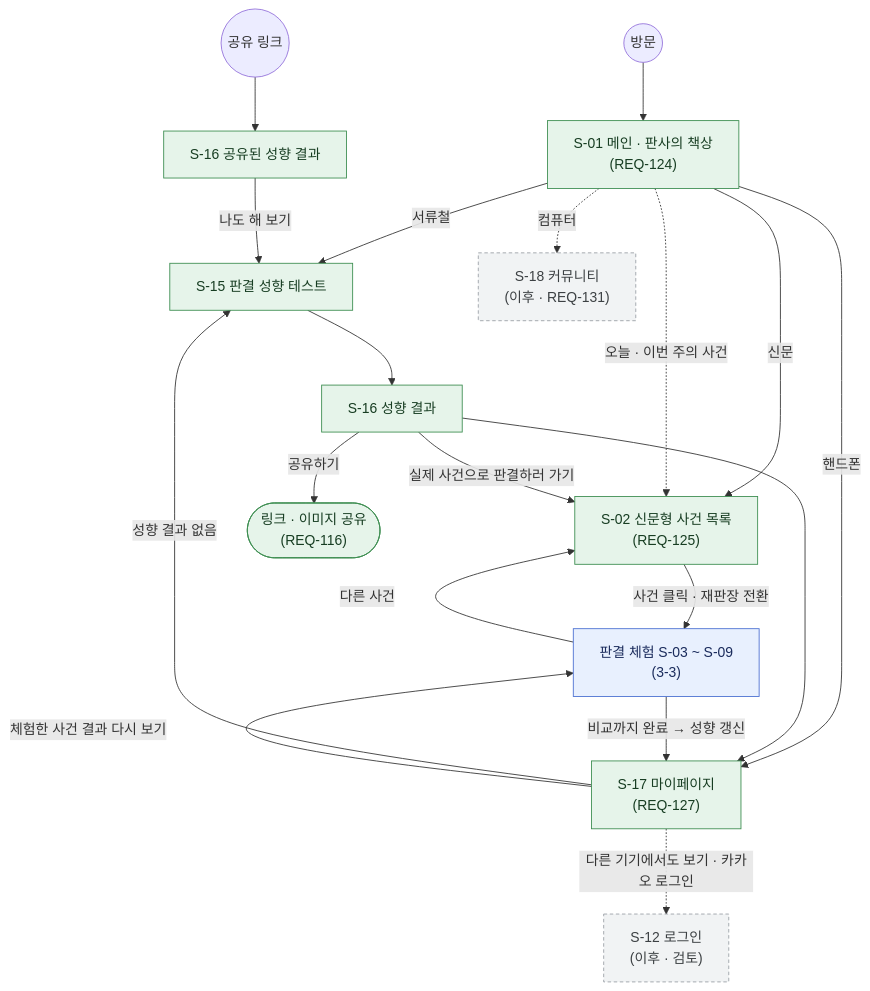
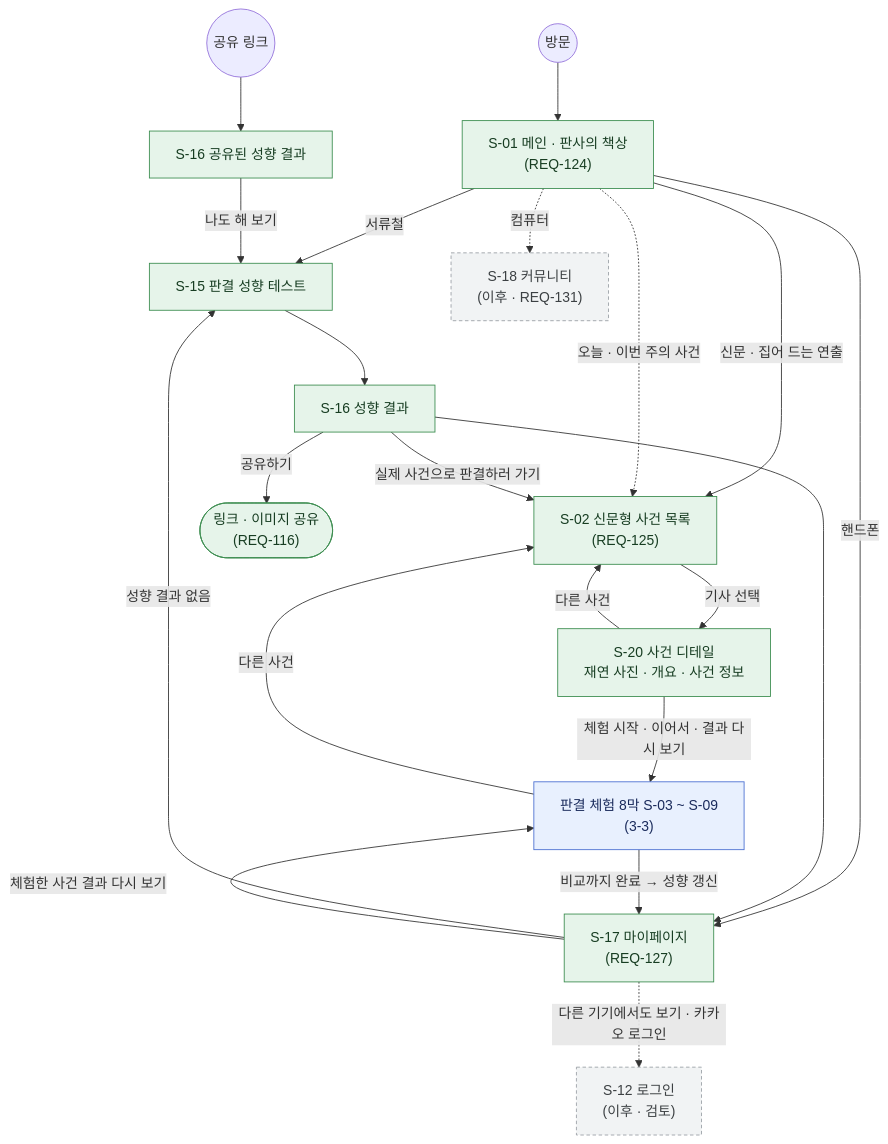
One commit to prgrms-aibe-devcourse/AIBE7_FinalProject_Team2 changed the third of 8 diagrams in docs/user-flow.md. Above: the diagram before and after it, drawn with Mermaid. The commit also changed other lines of this file and 2 other files, not shown here.

Commit message:
docs : COMMON-33 웹 흐름 갱신 (게임식 8막 · 사건 디테일 화면 · REQ-089 확장 승격)

````diff
--- a/docs/user-flow.md
+++ b/docs/user-flow.md
@@ -164,32 +166,34 @@
 ```mermaid
 flowchart TD
     V((방문)) --> M["S-01 메인 · 판사의 책상<br/>(REQ-124)"]
     SL((공유 링크)) --> SR["S-16 공유된 성향 결과"]
 
     M -->|서류철| T["S-15 판결 성향 테스트"]
-    M -->|신문| N["S-02 신문형 사건 목록<br/>(REQ-125)"]
+    M -->|"신문 · 집어 드는 연출"| N["S-02 신문형 사건 목록<br/>(REQ-125)"]
     M -->|핸드폰| MY["S-17 마이페이지<br/>(REQ-127)"]
     M -.->|컴퓨터| CM["S-18 커뮤니티<br/>(이후 · REQ-131)"]
     M -.->|오늘 · 이번 주의 사건| N
 
     SR -->|나도 해 보기| T
     T --> TR["S-16 성향 결과"]
     TR -->|실제 사건으로 판결하러 가기| N
     TR -->|공유하기| SH(["링크 · 이미지 공유<br/>(REQ-116)"])
     TR --> MY
 
-    N -->|"사건 클릭 · 재판장 전환"| X["판결 체험 S-03 ~ S-09<br/>(3-3)"]
+    N -->|기사 선택| CD["S-20 사건 디테일<br/>재연 사진 · 개요 · 사건 정보"]
+    CD -->|"체험 시작 · 이어서 · 결과 다시 보기"| X["판결 체험 8막 S-03 ~ S-09<br/>(3-3)"]
+    CD -->|다른 사건| N
     X -->|"비교까지 완료 → 성향 갱신"| MY
     X -->|다른 사건| N
 
     MY -->|성향 결과 없음| T
     MY -->|체험한 사건 결과 다시 보기| X
     MY -.->|"다른 기기에서도 보기 · 카카오 로그인"| LG["S-12 로그인<br/>(이후 · 검토)"]
 
     classDef mvp fill:#e8f0fe,stroke:#4a6fd1,color:#1a2b5c
     classDef ext fill:#e6f4ea,stroke:#3c8d50,color:#173d22
     classDef later fill:#f1f3f4,stroke:#9aa0a6,color:#3c4043,stroke-dasharray:4 3
     class X mvp
-    class M,N,T,TR,SR,MY,SH ext
+    class M,N,CD,T,TR,SR,MY,SH ext
     class CM,LG later
 ```
````
